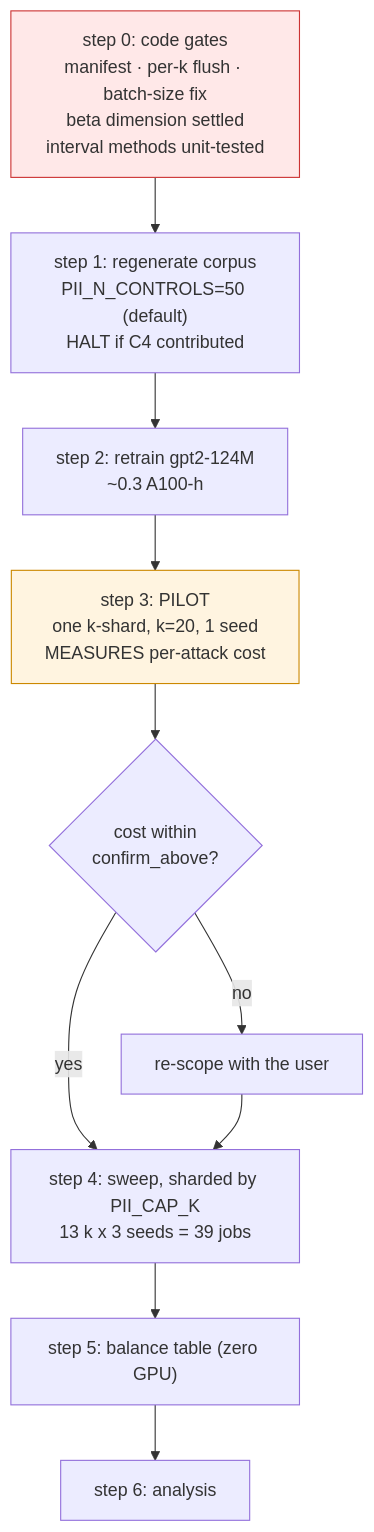
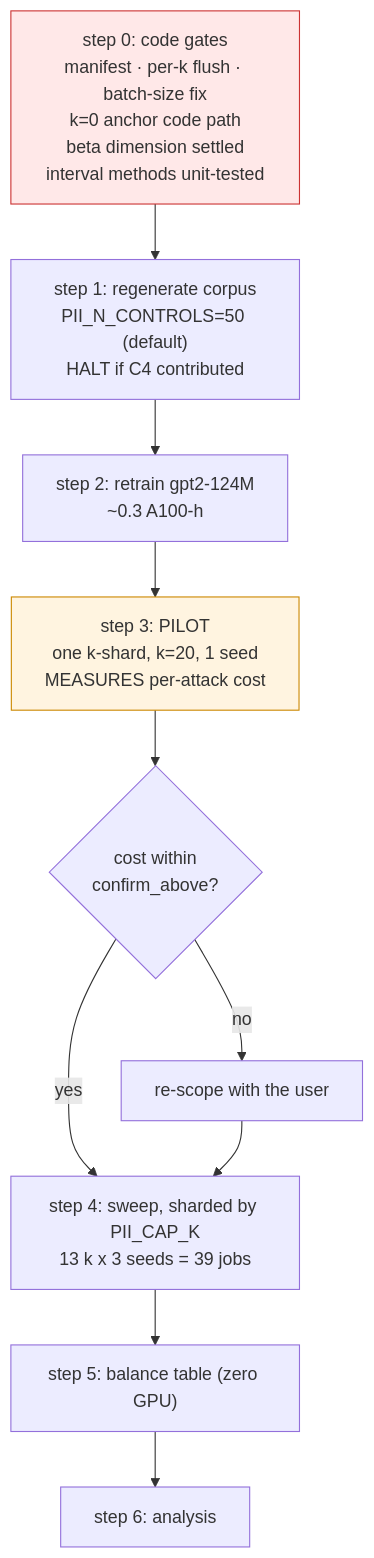
The second of 2 diagrams in .ai/research/studies/capacity_axis_20260902/design.md (jackyluo-learning/PII_Extraction), drawn with Mermaid before and after one commit. The commit also changed other lines of this file, not shown here.

````diff
--- a/.ai/research/studies/capacity_axis_20260902/design.md
+++ b/.ai/research/studies/capacity_axis_20260902/design.md
@@ -845,14 +871,14 @@
 ```mermaid
 flowchart TD
-  C0["step 0: code gates<br/>manifest · per-k flush · batch-size fix<br/>beta dimension settled<br/>interval methods unit-tested"] --> C1
+  C0["step 0: code gates<br/>manifest · per-k flush · batch-size fix<br/>k=0 anchor code path<br/>beta dimension settled<br/>interval methods unit-tested"] --> C1
   C1["step 1: regenerate corpus<br/>PII_N_CONTROLS=50 (default)<br/>HALT if C4 contributed"] --> C2
   C2["step 2: retrain gpt2-124M<br/>~0.3 A100-h"] --> C3
   C3["step 3: PILOT<br/>one k-shard, k=20, 1 seed<br/>MEASURES per-attack cost"] --> G{"cost within<br/>confirm_above?"}
   G -->|no| RS["re-scope with the user"]
   G -->|yes| C4
   RS --> C4["step 4: sweep, sharded by PII_CAP_K<br/>13 k x 3 seeds = 39 jobs"]
   C4 --> C7["step 5: balance table (zero GPU)"]
   C7 --> C8["step 6: analysis"]
   style C3 fill:#fff4e0,stroke:#cc8800
   style C0 fill:#ffe8e8,stroke:#cc3333
 ```
````
